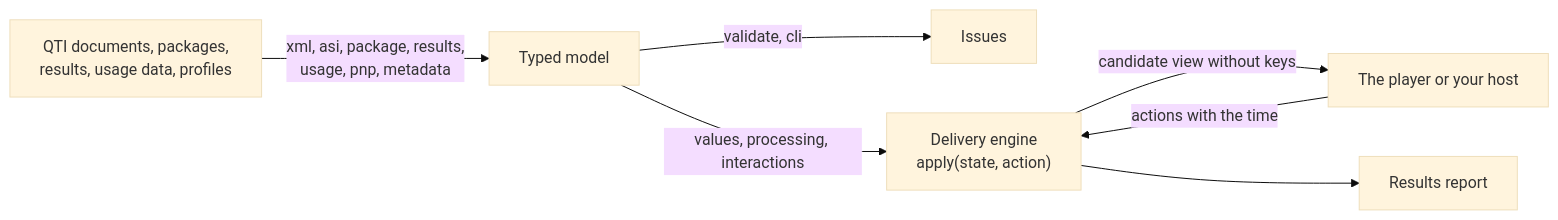
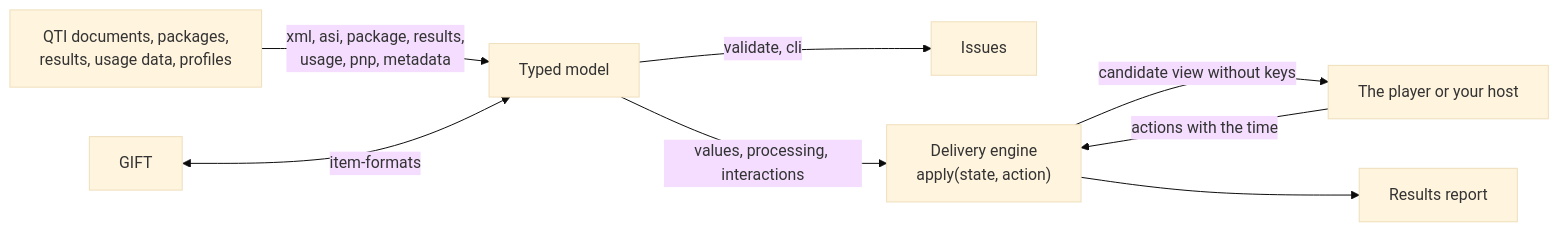
Before and after one commit to assesskit/assesskit: the diagram in packages/runtime/README.md, drawn with Mermaid (base theme). The commit also changed other lines of this file and 51 other files, not shown here.

````diff
--- a/packages/runtime/README.md
+++ b/packages/runtime/README.md
@@ -10,9 +10,10 @@
 ```mermaid
 flowchart LR
   documents["QTI documents, packages,<br/>results, usage data, profiles"] -->|"xml, asi, package, results,<br/>usage, pnp, metadata"| model["Typed model"]
+  formats["GIFT"] <-->|"item-formats"| model
   model -->|"validate, cli"| issues["Issues"]
   model -->|"values, processing, interactions"| engine["Delivery engine<br/>apply(state, action)"]
   engine -->|"candidate view without keys"| host["The player or your host"]
   host -->|"actions with the time"| engine
   engine --> report["Results report"]
 ```
````
